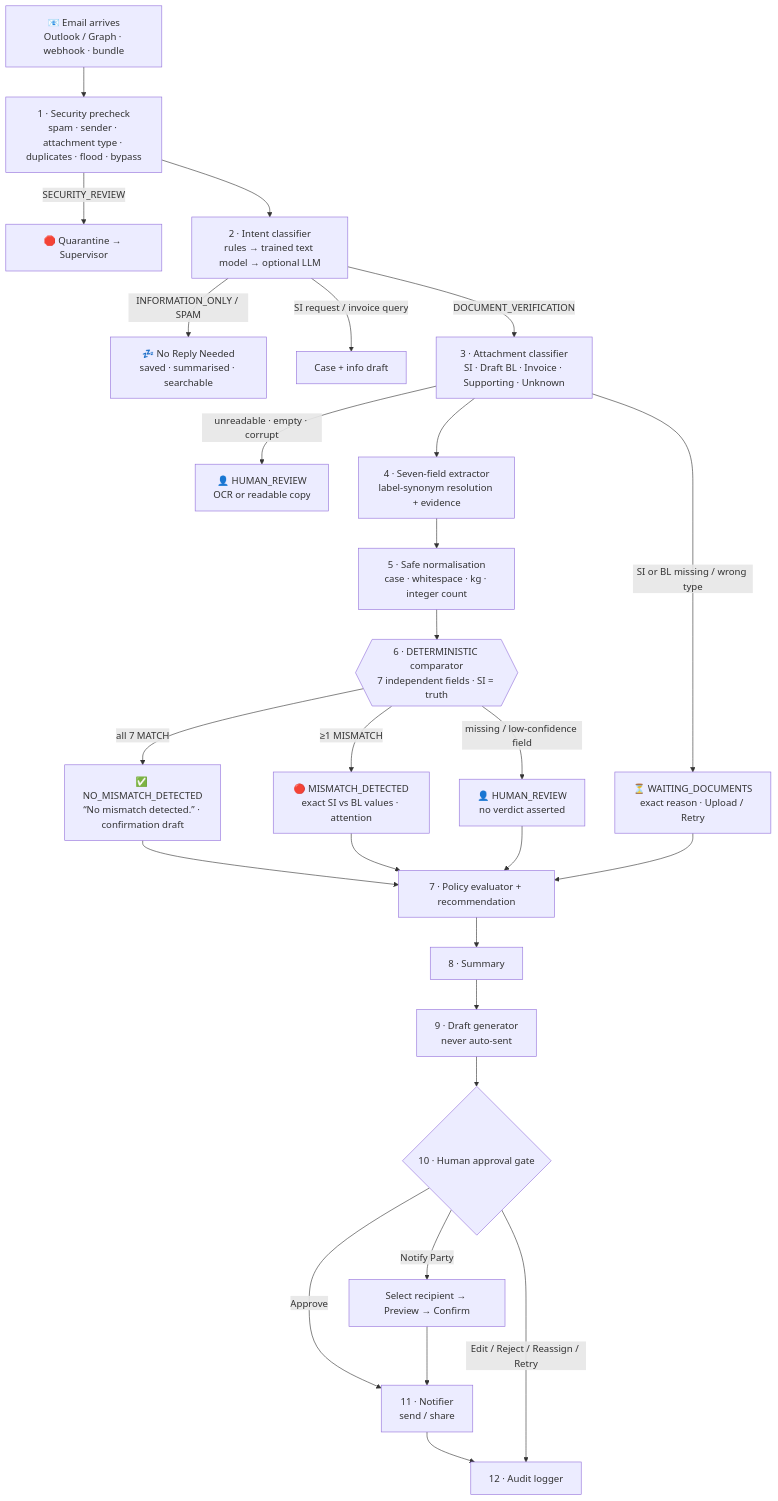
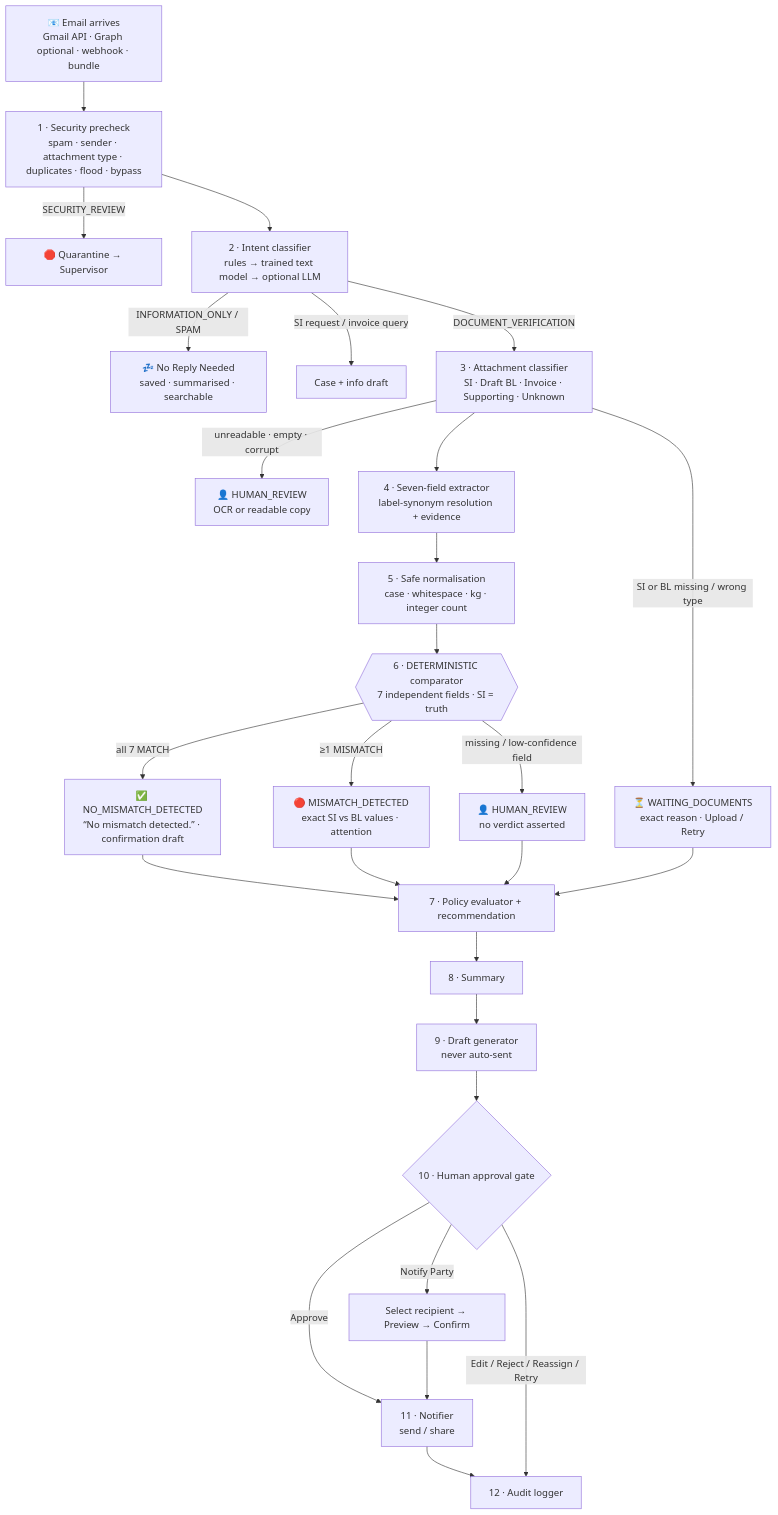
One commit to Hermann-33/NovaShip_Averis changed the first of 2 diagrams in README.md. Above: the diagram before and after it, drawn with Mermaid. The commit also changed other lines of this file and 15 other files, not shown here.

Commit message:
feat: add Gmail API email provider

````diff
--- a/README.md
+++ b/README.md
@@ -118,23 +118,23 @@
 ```mermaid
 flowchart TD
-    A[📧 Email arrives<br/>Outlook / Graph · webhook · bundle] --> B[1 · Security precheck<br/>spam · sender · attachment type · duplicates · flood · bypass]
+    A[📧 Email arrives<br/>Gmail API · Graph optional · webhook · bundle] --> B[1 · Security precheck<br/>spam · sender · attachment type · duplicates · flood · bypass]
     B -->|SECURITY_REVIEW| SR[🛑 Quarantine → Supervisor]
     B --> C[2 · Intent classifier<br/>rules → trained text model → optional LLM]
     C -->|INFORMATION_ONLY / SPAM| NA[💤 No Reply Needed<br/>saved · summarised · searchable]
     C -->|SI request / invoice query| OT[Case + info draft]
     C -->|DOCUMENT_VERIFICATION| D[3 · Attachment classifier<br/>SI · Draft BL · Invoice · Supporting · Unknown]
     D -->|SI or BL missing / wrong type| WD[⏳ WAITING_DOCUMENTS<br/>exact reason · Upload / Retry]
     D -->|unreadable · empty · corrupt| HR1[👤 HUMAN_REVIEW<br/>OCR or readable copy]
     D --> E[4 · Seven-field extractor<br/>label-synonym resolution + evidence]
     E --> F[5 · Safe normalisation<br/>case · whitespace · kg · integer count]
     F --> G{{6 · DETERMINISTIC comparator<br/>7 independent fields · SI = truth}}
     G -->|all 7 MATCH| OK[✅ NO_MISMATCH_DETECTED<br/>“No mismatch detected.” · confirmation draft]
     G -->|≥1 MISMATCH| MM[🔴 MISMATCH_DETECTED<br/>exact SI vs BL values · attention]
     G -->|missing / low-confidence field| HR2[👤 HUMAN_REVIEW<br/>no verdict asserted]
     OK & MM & HR2 & WD --> H[7 · Policy evaluator + recommendation]
     H --> I[8 · Summary] --> J[9 · Draft generator<br/>never auto-sent]
     J --> K{10 · Human approval gate}
     K -->|Approve| L[11 · Notifier<br/>send / share] --> M[12 · Audit logger]
     K -->|Edit / Reject / Reassign / Retry| M
     K -->|Notify Party| NP[Select recipient → Preview → Confirm] --> L
 ```
````
